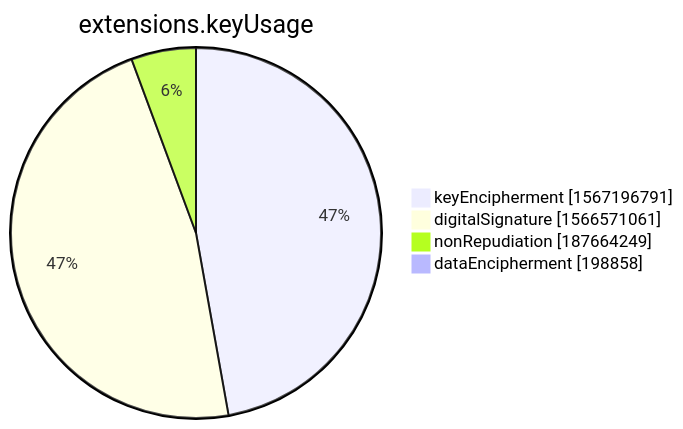
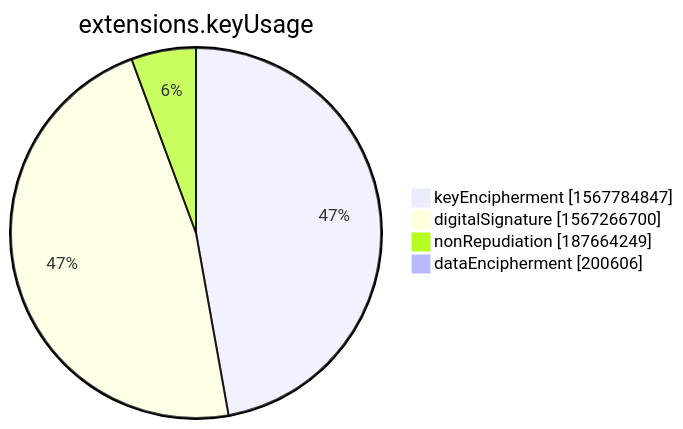
The seventh of 15 diagrams in xenon2022/README.md (christiankrug/ctmonitor_visualization), drawn with Mermaid before and after one commit. The commit also changed other lines of this file, not shown here.

````diff
--- a/xenon2022/README.md
+++ b/xenon2022/README.md
@@ -2853,8 +2853,8 @@
 ```mermaid
 pie showData
 title extensions.keyUsage
-"keyEncipherment" :1567196791
-"digitalSignature" :1566571061
+"keyEncipherment" :1567784847
+"digitalSignature" :1567266700
 "nonRepudiation" :187664249
-"dataEncipherment" :198858
+"dataEncipherment" :200606
 ```
````
